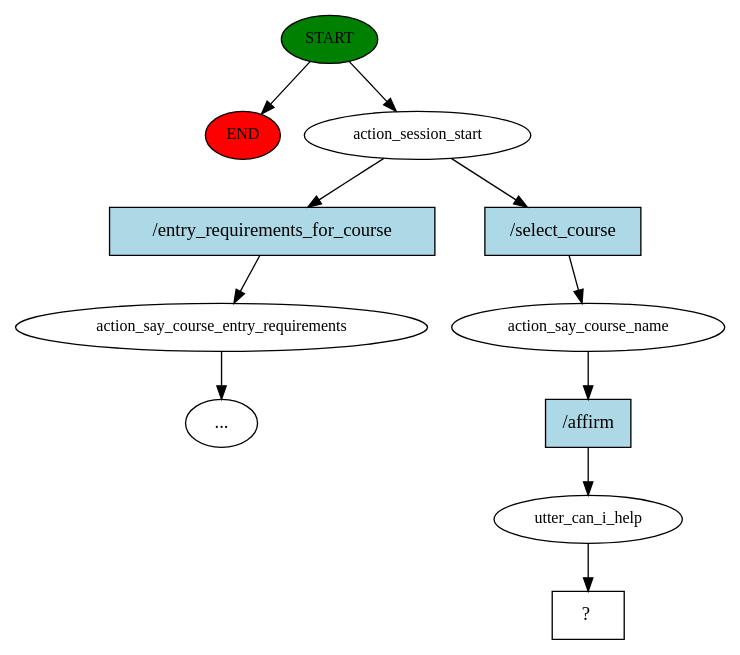
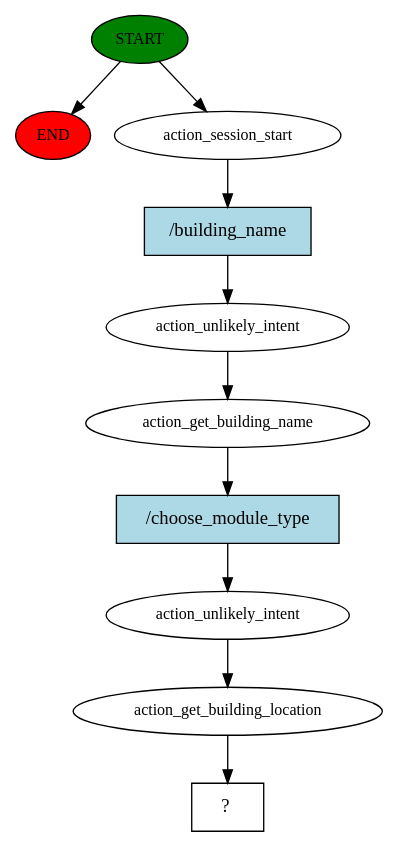
Before and after one commit to Alex-Tomo/kv6003: the diagram in rasa/story_graph.dot, drawn with Graphviz. The commit also changed 23 other files, not shown here.

```diff
--- a/rasa/story_graph.dot
+++ b/rasa/story_graph.dot
@@ -1,23 +1,21 @@
 digraph  {
 0 [class="start active", fillcolor=green, fontsize=12, label=START, style=filled];
 "-1" [class=end, fillcolor=red, fontsize=12, label=END, style=filled];
 1 [class=active, fontsize=12, label=action_session_start];
-2 [class="", fontsize=12, label=action_say_course_entry_requirements];
-"-3" [class=ellipsis, label="..."];
-4 [class=active, fontsize=12, label=action_say_course_name];
-5 [class=active, fontsize=12, label=utter_can_i_help];
+2 [class=active, fontsize=12, label=action_unlikely_intent];
+3 [class=active, fontsize=12, label=action_get_building_name];
+4 [class=active, fontsize=12, label=action_unlikely_intent];
+5 [class=active, fontsize=12, label=action_get_building_location];
 6 [class="intent dashed active", label="  ?  ", shape=rect];
-7 [class=intent, fillcolor=lightblue, label="/entry_requirements_for_course", shape=rect, style=filled];
-8 [class="intent active", fillcolor=lightblue, label="/select_course", shape=rect, style=filled];
-9 [class="intent active", fillcolor=lightblue, label="/affirm", shape=rect, style=filled];
+7 [class="intent active", fillcolor=lightblue, label="/building_name", shape=rect, style=filled];
+8 [class="intent active", fillcolor=lightblue, label="/choose_module_type", shape=rect, style=filled];
 0 -> "-1"  [class="", key=NONE, label=""];
 0 -> 1  [class=active, key=NONE, label=""];
-1 -> 7  [class="", key=0];
-1 -> 8  [class=active, key=0];
-2 -> "-3"  [class="", key=NONE, label=""];
-4 -> 9  [class=active, key=0];
+1 -> 7  [class=active, key=0];
+2 -> 3  [class=active, key=NONE, label=""];
+3 -> 8  [class=active, key=0];
+4 -> 5  [class=active, key=NONE, label=""];
 5 -> 6  [class=active, key=NONE, label=""];
-7 -> 2  [class="", key=0];
+7 -> 2  [class=active, key=0];
 8 -> 4  [class=active, key=0];
-9 -> 5  [class=active, key=0];
 }
```
